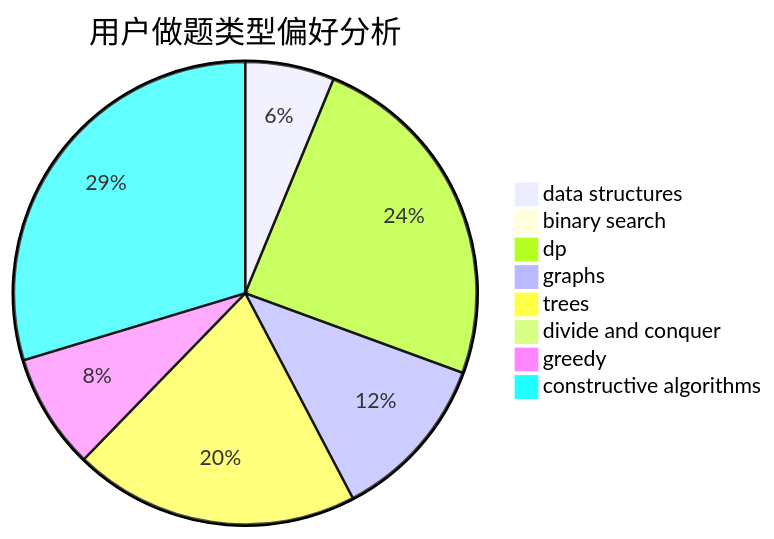
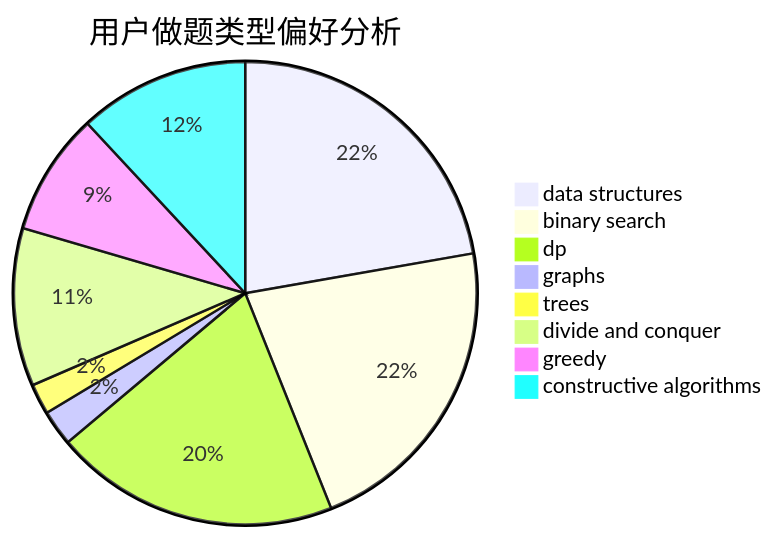
The second of 3 diagrams in docs/user/u1622.md (sherpahu/cfrs.github.io), drawn with Mermaid before and after one commit. The commit also changed other lines of this file and 2770 other files, not shown here.

````diff
--- a/docs/user/u1622.md
+++ b/docs/user/u1622.md
@@ -23,11 +23,11 @@
 ```mermaid
 pie title 用户做题类型偏好分析
-    "data structures" :  34
-    "binary search" :  5
-    "dp" :  133
-    "graphs" :  64
-    "trees" :  109
-    "divide and conquer" :  0
-    "greedy" :  44
-    "constructive algorithms" :  162
+    "data structures" :  125
+    "binary search" :  122
+    "dp" :  112
+    "graphs" :  14
+    "trees" :  12
+    "divide and conquer" :  62
+    "greedy" :  48
+    "constructive algorithms" :  67
 ```
````
